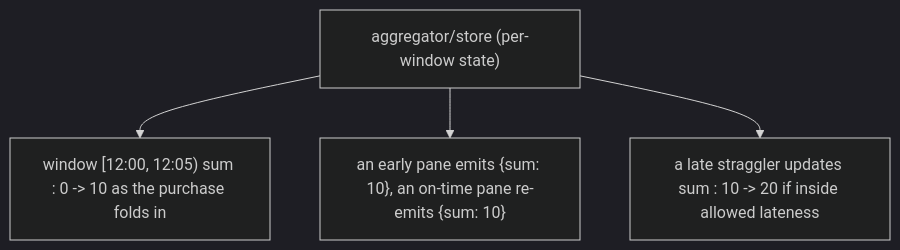
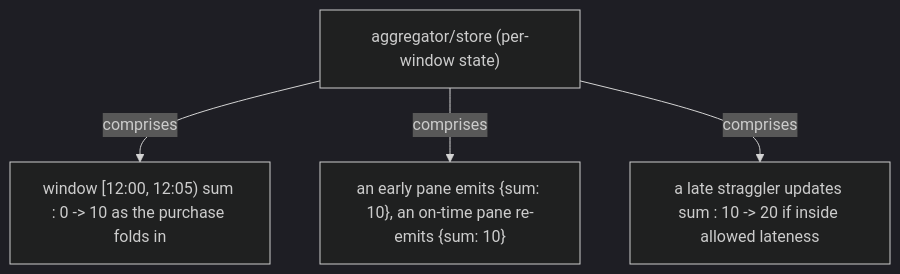
Before and after one commit to vinayakuber/streaming-systems-study-guide: the seventh of 19 diagrams in docs/ch02-the-what-where-when-and-how-of-data-processing.md, drawn with Mermaid (dark theme). The commit also changed other lines of this file and 22 other files, not shown here.

First line of the commit message:
R18: label every diagram arrow with its meaning

````diff
--- a/docs/ch02-the-what-where-when-and-how-of-data-processing.md
+++ b/docs/ch02-the-what-where-when-and-how-of-data-processing.md
@@ -171,7 +171,7 @@
 ```mermaid
 flowchart TD
   R["aggregator/store (per-window state)"]
-  R --> P0["window [12:00, 12:05) sum : 0 -&gt; 10 as the purchase folds in"]
-  R --> P1["an early pane emits {sum: 10}, an on-time pane re-emits {sum: 10}"]
-  R --> P2["a late straggler updates sum : 10 -&gt; 20 if inside allowed lateness"]
+  R -->|"comprises"| P0["window [12:00, 12:05) sum : 0 -&gt; 10 as the purchase folds in"]
+  R -->|"comprises"| P1["an early pane emits {sum: 10}, an on-time pane re-emits {sum: 10}"]
+  R -->|"comprises"| P2["a late straggler updates sum : 10 -&gt; 20 if inside allowed lateness"]
 ```
````
